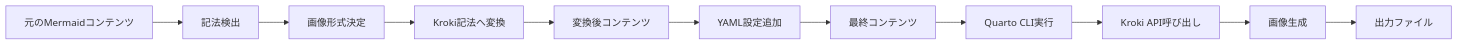
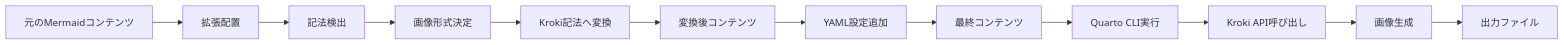
Before and after one commit to notfolder/quarto_mcp: the third of 5 diagrams in docs/KROKI_INTEGRATION.md, drawn with Mermaid. The commit also changed other lines of this file and 4 other files, not shown here.

First line of the commit message:
feat: Implement ExtensionManager for managing quarto-kroki extensions

````diff
--- a/docs/KROKI_INTEGRATION.md
+++ b/docs/KROKI_INTEGRATION.md
@@ -506,16 +680,17 @@
 ```mermaid
 flowchart LR
-    A[元のMermaidコンテンツ] --> B[記法検出]
-    B --> C[画像形式決定]
-    C --> D[Kroki記法へ変換]
-    D --> E[変換後コンテンツ]
+    A[元のMermaidコンテンツ] --> B[拡張配置]
+    B --> C[記法検出]
+    C --> D[画像形式決定]
+    D --> E[Kroki記法へ変換]
+    E --> F[変換後コンテンツ]
     
-    E --> F[YAML設定追加]
-    F --> G[最終コンテンツ]
+    F --> G[YAML設定追加]
+    G --> H[最終コンテンツ]
     
-    G --> H[Quarto CLI実行]
+    H --> I[Quarto CLI実行]
     
-    H --> I[Kroki API呼び出し]
-    I --> J[画像生成]
-    J --> K[出力ファイル]
+    I --> J[Kroki API呼び出し]
+    J --> K[画像生成]
+    K --> L[出力ファイル]
 ```
````
